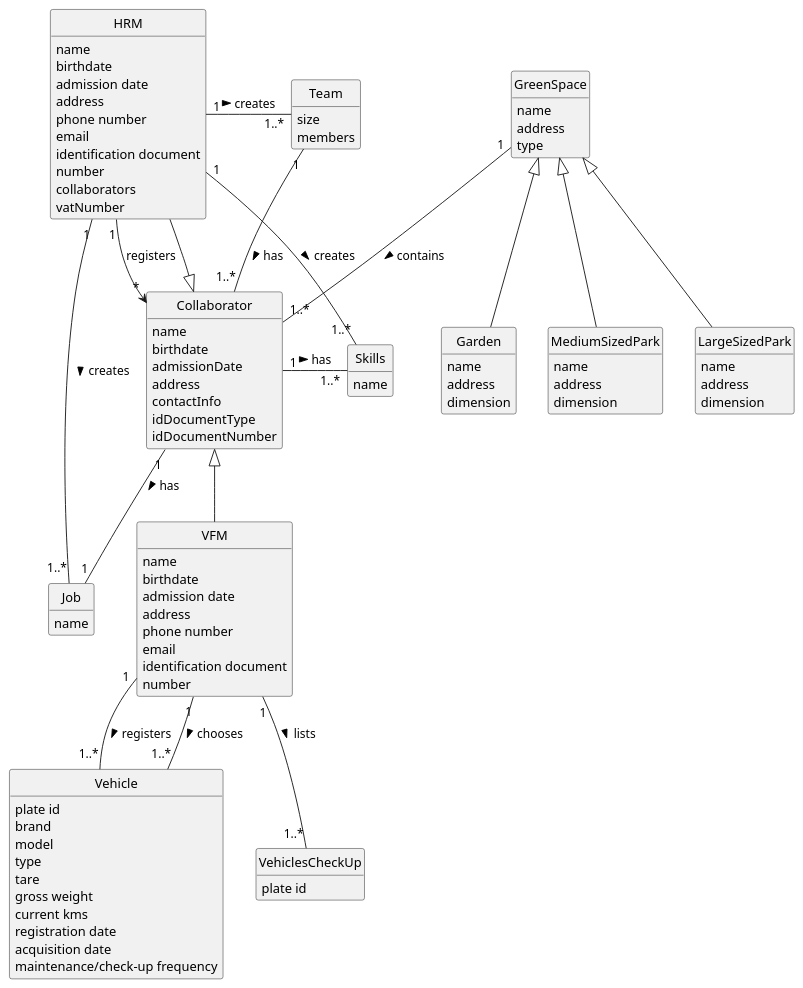
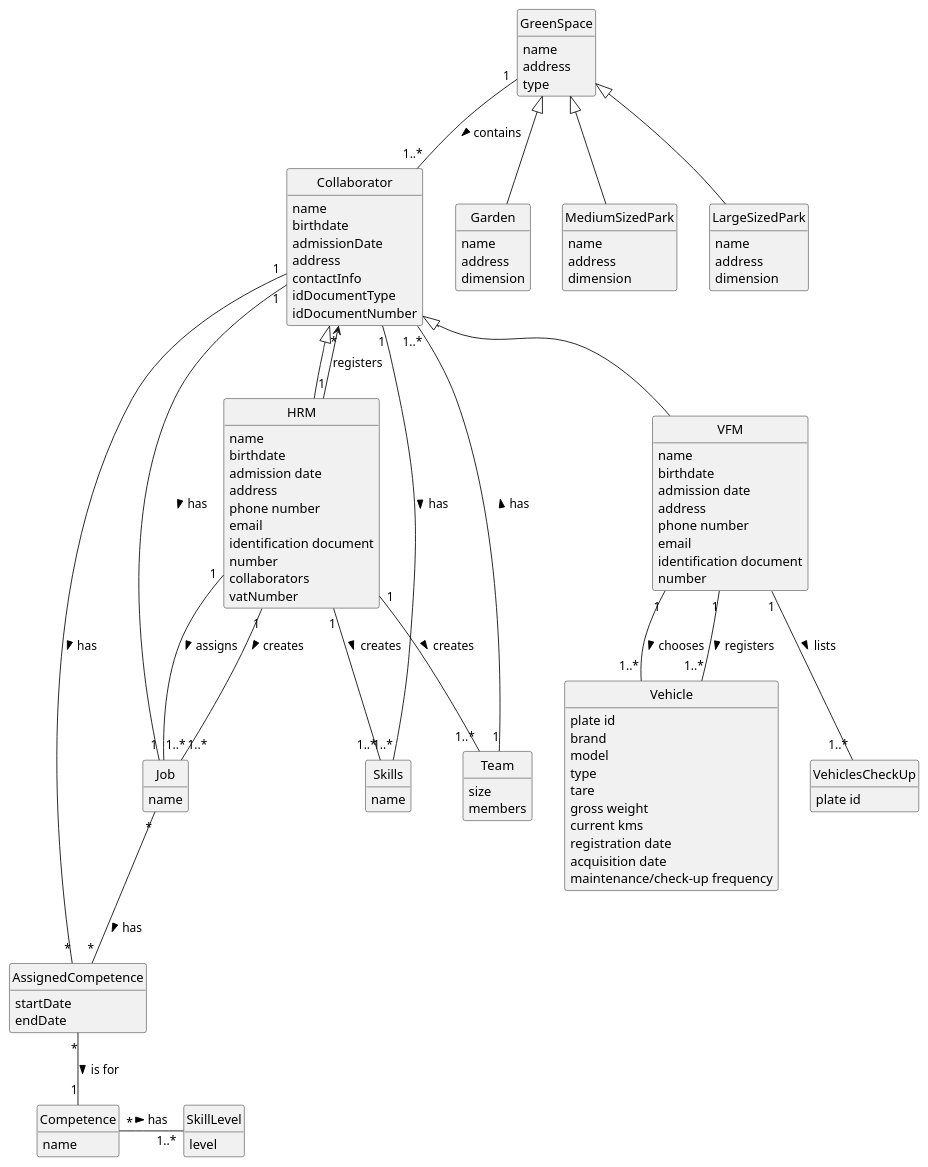
The diagram in docs/sprintA/global-artifacts/02.analysis/puml/project-domain-model.puml (diogoveirospro/lei-24-s2-1dg-g072), drawn with PlantUML before and after one commit. The commit also changed 3 other files, not shown here.

```diff
--- a/docs/sprintA/global-artifacts/02.analysis/puml/project-domain-model.puml
+++ b/docs/sprintA/global-artifacts/02.analysis/puml/project-domain-model.puml
@@ -1,121 +1,141 @@
 @startuml
 skinparam monochrome true
 skinparam packageStyle rectangle
 skinparam shadowing false
 'skinparam linetype ortho
 'left to right direction
 skinparam classAttributeIconSize 0
 hide circle
 hide methods
 
 class HRM {
     name
     birthdate
     admission date
     address
     phone number
     email
     identification document
     number
     collaborators
     vatNumber
 }
 
 class Skills {
     name
 }
 class Job {
     name
 }
 
 
 class Team {
     size
     members
 
 }
 
 class Collaborator {
     name
     birthdate
     admissionDate
     address
     contactInfo
     idDocumentType
     idDocumentNumber
 }
 
 
 
 class GreenSpace {
     name
     address
     type
 }
 
 class Garden {
     name
     address
     dimension
 }
 
 class MediumSizedPark {
     name
     address
     dimension
 }
 
 class LargeSizedPark {
     name
     address
     dimension
 }
 
 
 class Vehicle{
     plate id
     brand
     model
     type
     tare
     gross weight
     current kms
     registration date
     acquisition date
     maintenance/check-up frequency
 }
 
 class VFM {
     name
     birthdate
     admission date
     address
     phone number
     email
     identification document
     number
 }
 
 class VehiclesCheckUp {
     plate id
 }
 
+class Competence {
+    name
+}
+
+class SkillLevel {
+    level
+}
+
+class AssignedCompetence {
+    startDate
+    endDate
+}
 
 
+
+
+
+HRM "1" -- "1..*" Job : assigns >
+Competence "*" - "1..*" SkillLevel : has >
+Collaborator "1" -- "*" AssignedCompetence : has >
+Job "*" -- "*" AssignedCompetence : has >
+AssignedCompetence "*" -- "1" Competence : is for >
 VFM "1" --  "1..*" Vehicle: chooses >
 VFM "1" --  "1..*" Vehicle: registers >
-HRM "1" - "1..*" Team : creates >
+HRM "1" -- "1..*" Team : creates >
 Collaborator "1" - "1..*" Skills: has >
 Collaborator "1" -- "1" Job: has >
 Team "1" -- "1..*" Collaborator: has >
 GreenSpace "1" -- "1..*" Collaborator: contains >
 GreenSpace <|-- Garden
 GreenSpace <|-- MediumSizedPark
 GreenSpace <|-- LargeSizedPark
 HRM "1" --> "*" Collaborator : registers
 HRM "1" -- "1..*" Job : creates >
 Collaborator <|-- HRM
 HRM "1" -- "1..*" Skills: creates >
 Collaborator <|-- VFM
 VFM "1" -- "1..*" VehiclesCheckUp: lists >
 @enduml
```
